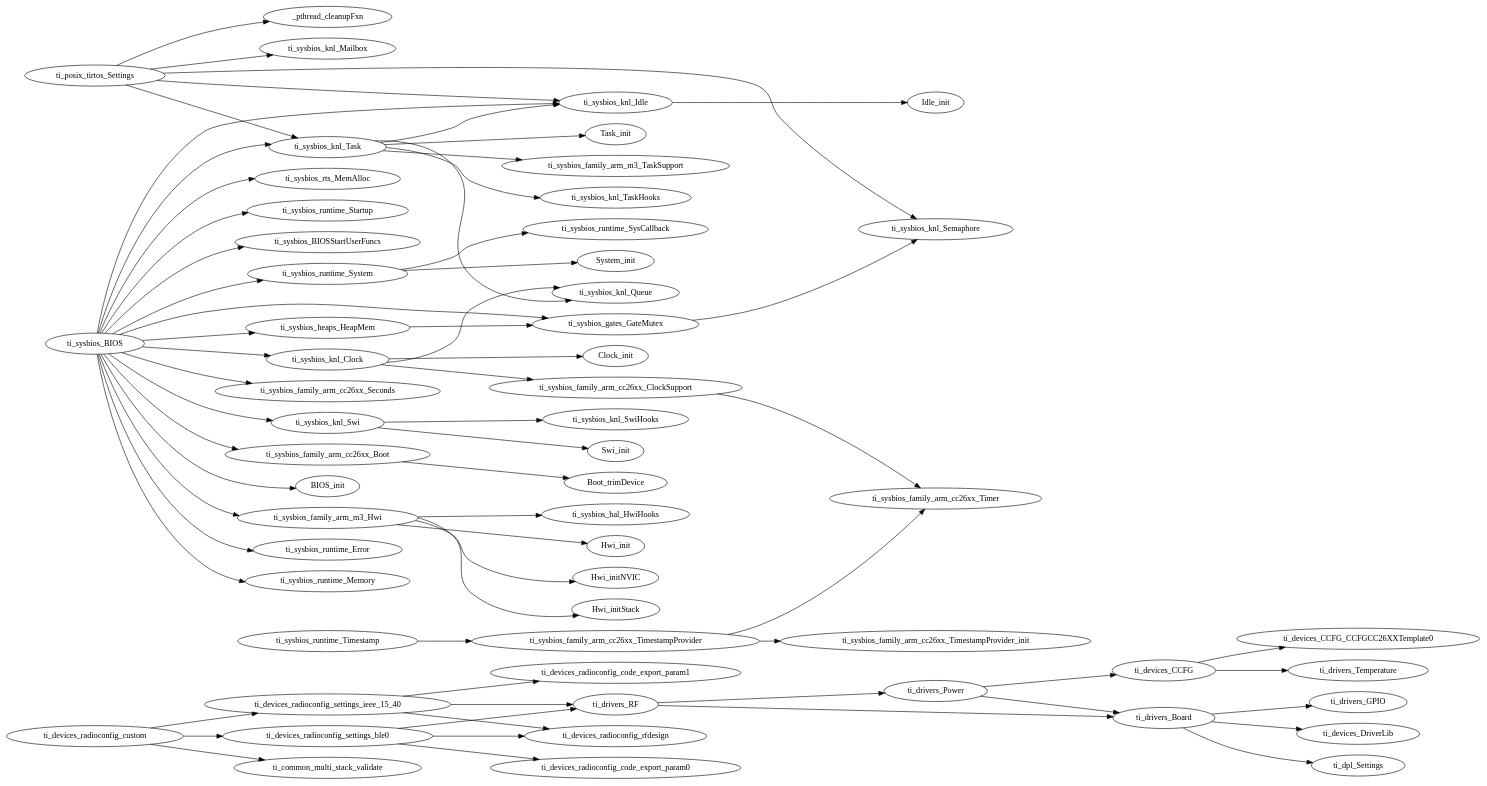
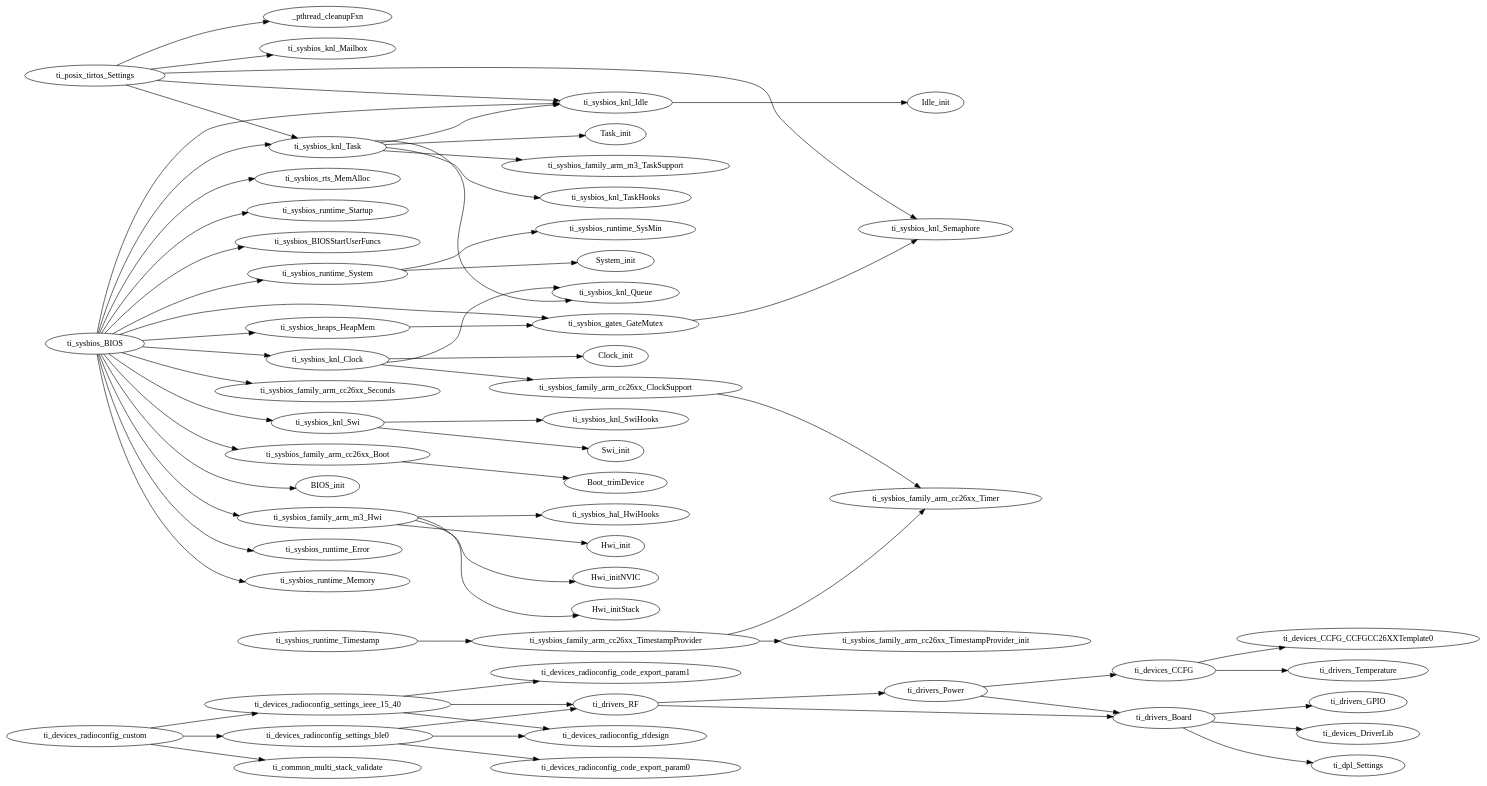
One commit to voytex/multiSniff_project changed the diagram in Debug/syscfg/ti_utils_runtime_model.gv. Above: the diagram before and after it, drawn with Graphviz. The commit also changed 21 other files, not shown here.

```diff
--- a/Debug/syscfg/ti_utils_runtime_model.gv
+++ b/Debug/syscfg/ti_utils_runtime_model.gv
@@ -1,157 +1,157 @@
 digraph Model
 {
     graph[rankdir=LR]
 
     // mod.$name=/ti/common/multi_stack_validate
 
     // mod.$name=/ti/devices/CCFG
     ti_devices_CCFG -> ti_drivers_Temperature
     ti_devices_CCFG -> ti_devices_CCFG_CCFGCC26XXTemplate0
 
     // mod.$name=/ti/devices/CCFG/CCFGCC26XXTemplate
 
     // mod.$name=/ti/devices/DriverLib
 
     // mod.$name=/ti/devices/radioconfig/code_export_param
 
     // mod.$name=/ti/devices/radioconfig/custom
     ti_devices_radioconfig_custom -> ti_common_multi_stack_validate
     ti_devices_radioconfig_custom -> ti_devices_radioconfig_settings_ble0
     ti_devices_radioconfig_custom -> ti_devices_radioconfig_settings_ieee_15_40
 
     // mod.$name=/ti/devices/radioconfig/rfdesign
 
     // mod.$name=/ti/devices/radioconfig/settings/ble
     ti_devices_radioconfig_settings_ble0 -> ti_drivers_RF
     ti_devices_radioconfig_settings_ble0 -> ti_devices_radioconfig_rfdesign
     ti_devices_radioconfig_settings_ble0 -> ti_devices_radioconfig_code_export_param0
 
     // mod.$name=/ti/devices/radioconfig/settings/ieee_15_4
     ti_devices_radioconfig_settings_ieee_15_40 -> ti_drivers_RF
     ti_devices_radioconfig_settings_ieee_15_40 -> ti_devices_radioconfig_rfdesign
     ti_devices_radioconfig_settings_ieee_15_40 -> ti_devices_radioconfig_code_export_param1
 
     // mod.$name=/ti/dpl/Settings
 
     // mod.$name=/ti/drivers/Board
     ti_drivers_Board -> ti_drivers_GPIO
     ti_drivers_Board -> ti_devices_DriverLib
     ti_drivers_Board -> ti_dpl_Settings
 
     // mod.$name=/ti/drivers/GPIO
 
     // mod.$name=/ti/drivers/Power
     ti_drivers_Power -> ti_devices_CCFG
     ti_drivers_Power -> ti_drivers_Board
 
     // mod.$name=/ti/drivers/RF
     ti_drivers_RF -> ti_drivers_Power
     ti_drivers_RF -> ti_drivers_Board
 
     // mod.$name=/ti/drivers/Temperature
 
     // mod.$name=/ti/posix/tirtos/Settings
     ti_posix_tirtos_Settings -> ti_sysbios_knl_Mailbox
     ti_posix_tirtos_Settings -> ti_sysbios_knl_Task
     ti_posix_tirtos_Settings -> ti_sysbios_knl_Semaphore
     ti_posix_tirtos_Settings -> ti_sysbios_knl_Idle
     ti_posix_tirtos_Settings -> _pthread_cleanupFxn
 
     // mod.$name=/ti/sysbios/BIOS
     ti_sysbios_BIOS -> ti_sysbios_knl_Idle
     ti_sysbios_BIOS -> ti_sysbios_runtime_Error
     ti_sysbios_BIOS -> ti_sysbios_runtime_Memory
     ti_sysbios_BIOS -> ti_sysbios_rts_MemAlloc
     ti_sysbios_BIOS -> ti_sysbios_runtime_System
     ti_sysbios_BIOS -> ti_sysbios_runtime_Startup
     ti_sysbios_BIOS -> ti_sysbios_BIOSStartUserFuncs
     ti_sysbios_BIOS -> ti_sysbios_knl_Clock
     ti_sysbios_BIOS -> ti_sysbios_knl_Task
     ti_sysbios_BIOS -> ti_sysbios_knl_Swi
     ti_sysbios_BIOS -> ti_sysbios_heaps_HeapMem
     ti_sysbios_BIOS -> ti_sysbios_gates_GateMutex
     ti_sysbios_BIOS -> ti_sysbios_family_arm_cc26xx_Seconds
     ti_sysbios_BIOS -> ti_sysbios_family_arm_cc26xx_Boot
     ti_sysbios_BIOS -> ti_sysbios_family_arm_m3_Hwi
     ti_sysbios_BIOS -> BIOS_init
 
     // mod.$name=/ti/sysbios/BIOSStartUserFuncs
 
     // mod.$name=/ti/sysbios/family/arm/cc26xx/Boot
     ti_sysbios_family_arm_cc26xx_Boot -> Boot_trimDevice
 
     // mod.$name=/ti/sysbios/family/arm/cc26xx/ClockSupport
     ti_sysbios_family_arm_cc26xx_ClockSupport -> ti_sysbios_family_arm_cc26xx_Timer
 
     // mod.$name=/ti/sysbios/family/arm/cc26xx/Seconds
 
     // mod.$name=/ti/sysbios/family/arm/cc26xx/Timer
 
     // mod.$name=/ti/sysbios/family/arm/cc26xx/TimestampProvider
     ti_sysbios_family_arm_cc26xx_TimestampProvider -> ti_sysbios_family_arm_cc26xx_Timer
     ti_sysbios_family_arm_cc26xx_TimestampProvider -> ti_sysbios_family_arm_cc26xx_TimestampProvider_init
 
     // mod.$name=/ti/sysbios/family/arm/m3/Hwi
     ti_sysbios_family_arm_m3_Hwi -> ti_sysbios_hal_HwiHooks
     ti_sysbios_family_arm_m3_Hwi -> Hwi_init
     ti_sysbios_family_arm_m3_Hwi -> Hwi_initNVIC
     ti_sysbios_family_arm_m3_Hwi -> Hwi_initStack
 
     // mod.$name=/ti/sysbios/family/arm/m3/TaskSupport
 
     // mod.$name=/ti/sysbios/gates/GateMutex
     ti_sysbios_gates_GateMutex -> ti_sysbios_knl_Semaphore
 
     // mod.$name=/ti/sysbios/hal/HwiHooks
 
     // mod.$name=/ti/sysbios/heaps/HeapMem
     ti_sysbios_heaps_HeapMem -> ti_sysbios_gates_GateMutex
 
     // mod.$name=/ti/sysbios/knl/Clock
     ti_sysbios_knl_Clock -> ti_sysbios_family_arm_cc26xx_ClockSupport
     ti_sysbios_knl_Clock -> ti_sysbios_knl_Queue
     ti_sysbios_knl_Clock -> Clock_init
 
     // mod.$name=/ti/sysbios/knl/Event
 
     // mod.$name=/ti/sysbios/knl/Idle
     ti_sysbios_knl_Idle -> Idle_init
 
     // mod.$name=/ti/sysbios/knl/Mailbox
 
     // mod.$name=/ti/sysbios/knl/Queue
 
     // mod.$name=/ti/sysbios/knl/Semaphore
 
     // mod.$name=/ti/sysbios/knl/Swi
     ti_sysbios_knl_Swi -> ti_sysbios_knl_SwiHooks
     ti_sysbios_knl_Swi -> Swi_init
 
     // mod.$name=/ti/sysbios/knl/SwiHooks
 
     // mod.$name=/ti/sysbios/knl/Task
     ti_sysbios_knl_Task -> ti_sysbios_knl_Idle
     ti_sysbios_knl_Task -> ti_sysbios_family_arm_m3_TaskSupport
     ti_sysbios_knl_Task -> ti_sysbios_knl_TaskHooks
     ti_sysbios_knl_Task -> ti_sysbios_knl_Queue
     ti_sysbios_knl_Task -> Task_init
 
     // mod.$name=/ti/sysbios/knl/TaskHooks
 
     // mod.$name=/ti/sysbios/rts/MemAlloc
 
     // mod.$name=/ti/sysbios/runtime/Error
 
     // mod.$name=/ti/sysbios/runtime/Memory
 
     // mod.$name=/ti/sysbios/runtime/Startup
 
-    // mod.$name=/ti/sysbios/runtime/SysCallback
+    // mod.$name=/ti/sysbios/runtime/SysMin
 
     // mod.$name=/ti/sysbios/runtime/System
-    ti_sysbios_runtime_System -> ti_sysbios_runtime_SysCallback
+    ti_sysbios_runtime_System -> ti_sysbios_runtime_SysMin
     ti_sysbios_runtime_System -> System_init
 
     // mod.$name=/ti/sysbios/runtime/Timestamp
     ti_sysbios_runtime_Timestamp -> ti_sysbios_family_arm_cc26xx_TimestampProvider
 }
```
